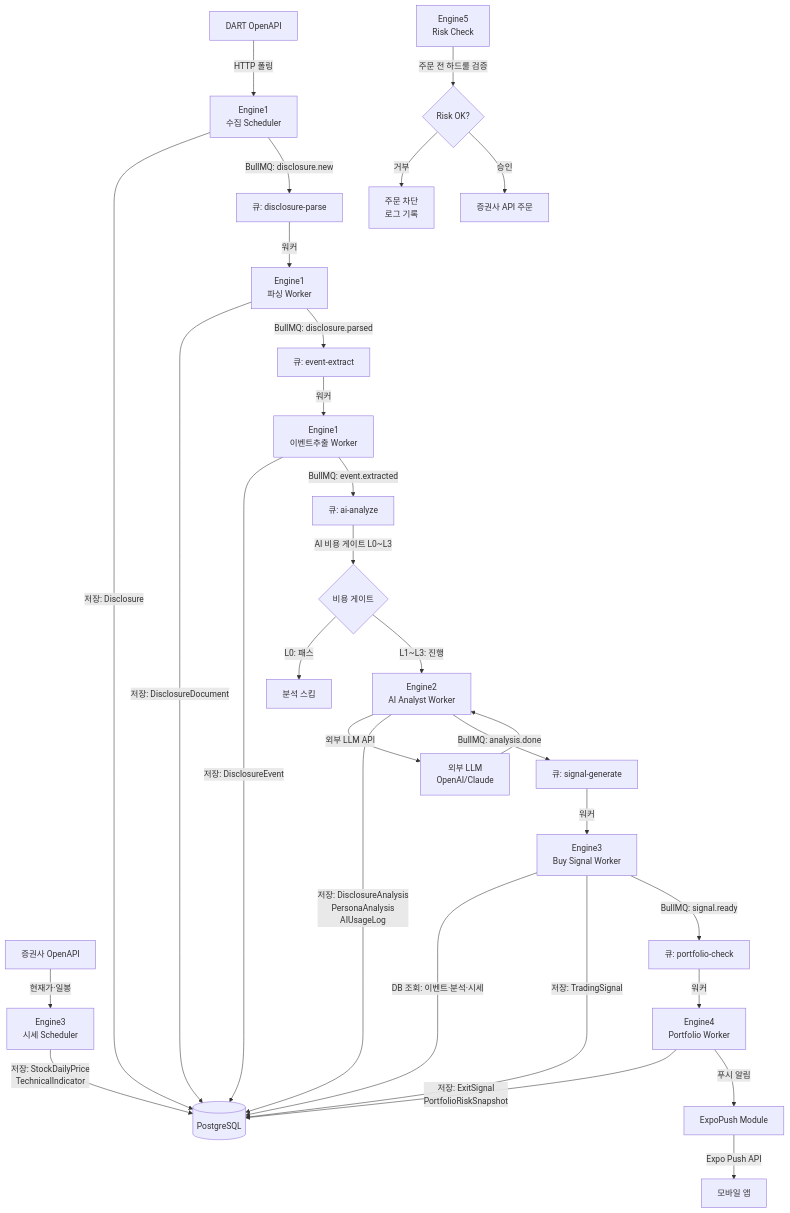
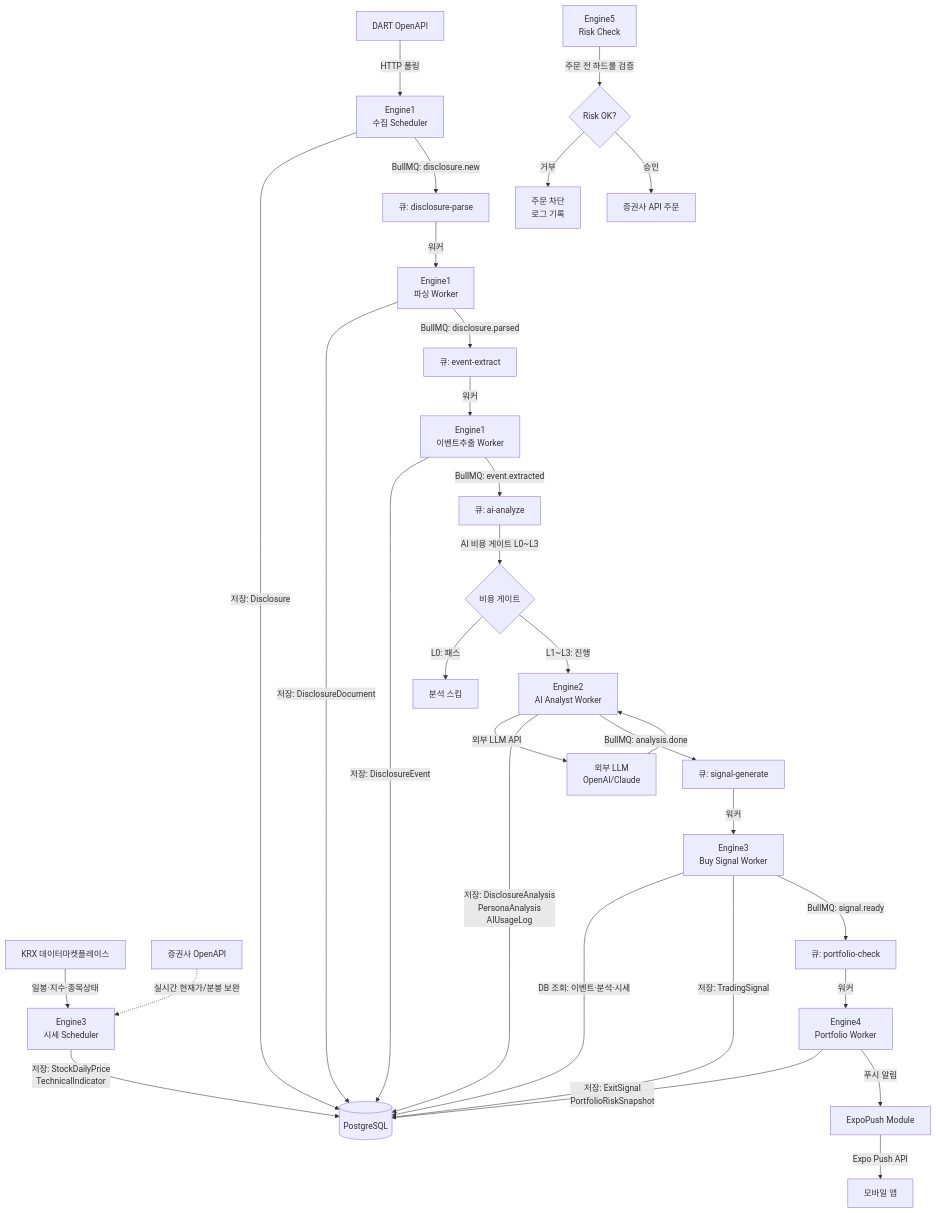
The diagram in docs/roadmap/cc-engine-architecture.md (Dubbi96/dart-notification), drawn with Mermaid before and after one commit. The commit also changed other lines of this file and 6 other files, not shown here.

First line of the commit message:
docs(roadmap): 실행 로드맵 추가 + 시세 소스 KRX 기준 + MVP 검증 철학 강화

````diff
--- a/docs/roadmap/cc-engine-architecture.md
+++ b/docs/roadmap/cc-engine-architecture.md
@@ -147,38 +148,39 @@
 ```mermaid
 flowchart TD
     DART[DART OpenAPI] -->|HTTP 폴링| COL[Engine1\n수집 Scheduler]
     COL -->|저장: Disclosure| DB[(PostgreSQL)]
     COL -->|BullMQ: disclosure.new| Q1[큐: disclosure-parse]
 
     Q1 -->|워커| PARSE[Engine1\n파싱 Worker]
     PARSE -->|저장: DisclosureDocument| DB
     PARSE -->|BullMQ: disclosure.parsed| Q2[큐: event-extract]
 
     Q2 -->|워커| EVEX[Engine1\n이벤트추출 Worker]
     EVEX -->|저장: DisclosureEvent| DB
     EVEX -->|BullMQ: event.extracted| Q3[큐: ai-analyze]
 
     Q3 -->|AI 비용 게이트 L0~L3| GATE{비용 게이트}
     GATE -->|L0: 패스| SKIP[분석 스킵]
     GATE -->|L1~L3: 진행| AI[Engine2\nAI Analyst Worker]
     AI -->|외부 LLM API| LLM[외부 LLM\nOpenAI/Claude]
     LLM --> AI
     AI -->|저장: DisclosureAnalysis\nPersonaAnalysis\nAIUsageLog| DB
     AI -->|BullMQ: analysis.done| Q4[큐: signal-generate]
 
     Q4 -->|워커| SIG[Engine3\nBuy Signal Worker]
-    KIS[증권사 OpenAPI] -->|현재가·일봉| MKT[Engine3\n시세 Scheduler]
+    KRX[KRX 데이터마켓플레이스] -->|일봉·지수·종목상태| MKT[Engine3\n시세 Scheduler]
+    KIS[증권사 OpenAPI] -.->|실시간 현재가/분봉 보완| MKT
     MKT -->|저장: StockDailyPrice\nTechnicalIndicator| DB
     SIG -->|DB 조회: 이벤트·분석·시세| DB
     SIG -->|저장: TradingSignal| DB
     SIG -->|BullMQ: signal.ready| Q5[큐: portfolio-check]
 
     Q5 -->|워커| PORT[Engine4\nPortfolio Worker]
     PORT -->|저장: ExitSignal\nPortfolioRiskSnapshot| DB
     PORT -->|푸시 알림| PUSH[ExpoPush Module]
     PUSH -->|Expo Push API| MOBILE[모바일 앱]
 
     E5[Engine5\nRisk Check] -->|주문 전 하드룰 검증| RISK{Risk OK?}
     RISK -->|거부| BLOCK[주문 차단\n로그 기록]
     RISK -->|승인| ORD[증권사 API 주문]
 ```
````
